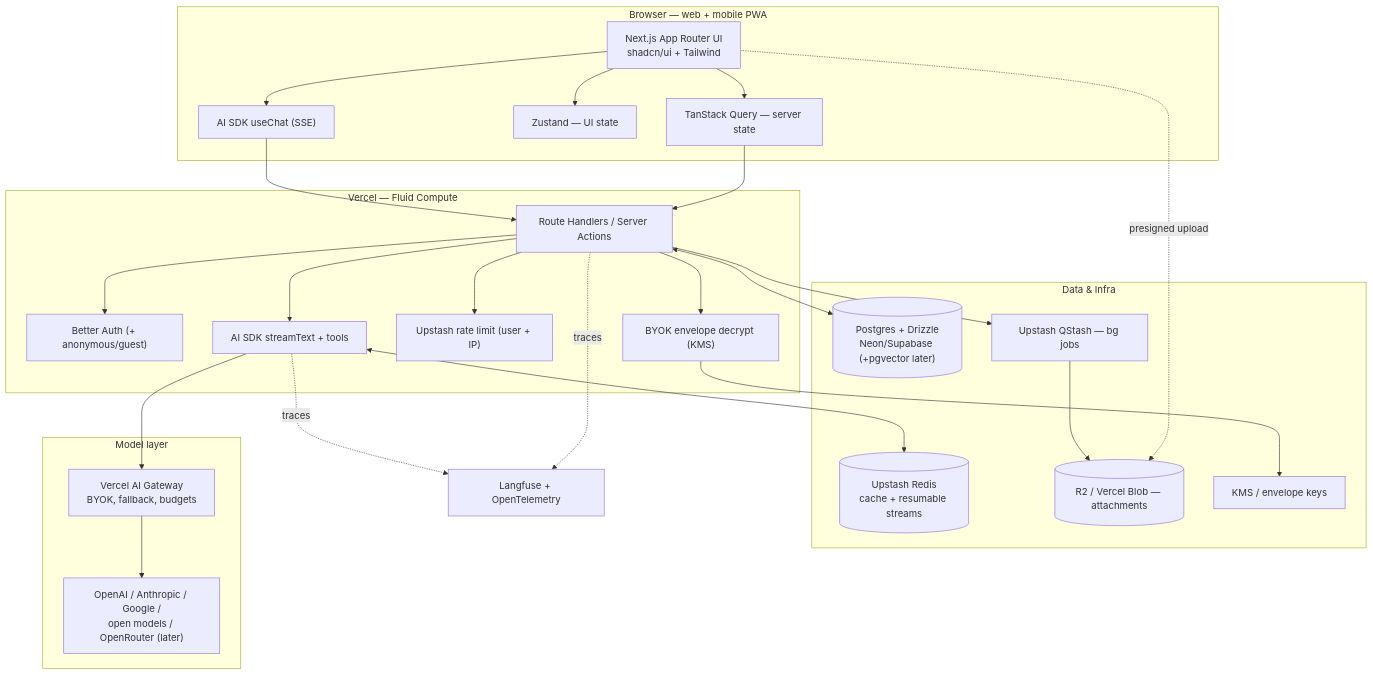
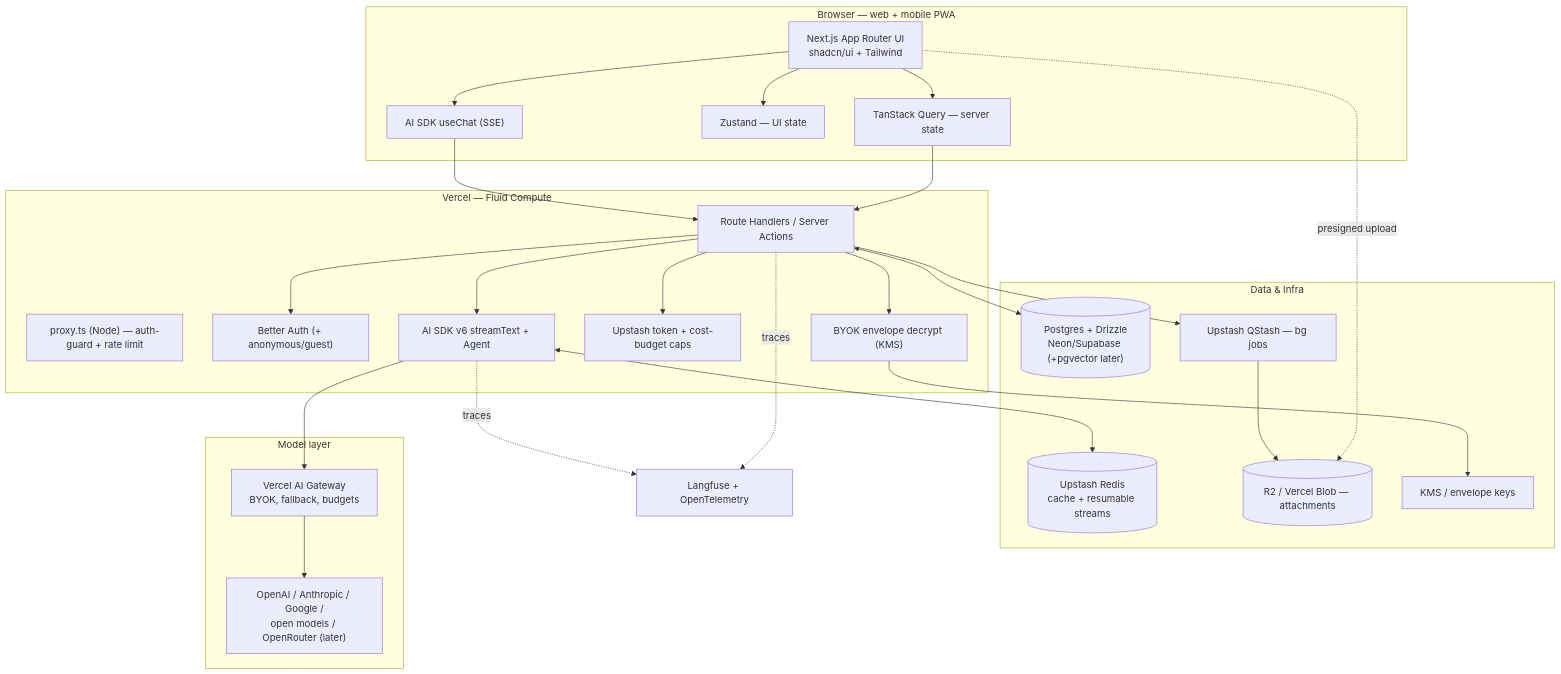
The diagram in docs/prd/04-technical-architecture.md (zhuocun/agent), drawn with Mermaid before and after one commit. The commit also changed other lines of this file and 10 other files, not shown here.

````diff
--- a/docs/prd/04-technical-architecture.md
+++ b/docs/prd/04-technical-architecture.md
@@ -53,46 +52,47 @@
 ```mermaid
 flowchart TD
     subgraph Client["Browser — web + mobile PWA"]
         UI["Next.js App Router UI<br/>shadcn/ui + Tailwind"]
         UC["AI SDK useChat (SSE)"]
         ST["Zustand — UI state"]
         RQ["TanStack Query — server state"]
     end
 
     subgraph Edge["Vercel — Fluid Compute"]
         RT["Route Handlers / Server Actions"]
+        PROXY["proxy.ts (Node) — auth-guard + rate limit"]
         AUTH["Better Auth (+ anonymous/guest)"]
-        AISDK["AI SDK streamText + tools"]
-        RL["Upstash rate limit (user + IP)"]
+        AISDK["AI SDK v6 streamText + Agent"]
+        RL["Upstash token + cost-budget caps"]
         ENC["BYOK envelope decrypt (KMS)"]
     end
 
     subgraph Data["Data & Infra"]
         PG[("Postgres + Drizzle<br/>Neon/Supabase (+pgvector later)")]
         REDIS[("Upstash Redis<br/>cache + resumable streams")]
         QSTASH["Upstash QStash — bg jobs"]
         BLOB[("R2 / Vercel Blob — attachments")]
         KMS["KMS / envelope keys"]
     end
 
     subgraph AI["Model layer"]
         GW["Vercel AI Gateway<br/>BYOK, fallback, budgets"]
         PROV["OpenAI / Anthropic / Google /<br/>open models / OpenRouter (later)"]
     end
 
     OBS["Langfuse + OpenTelemetry"]
 
     UI --> UC --> RT
     UI --> RQ --> RT
     UI --> ST
     RT --> AUTH
     RT --> RL
     RT --> ENC --> KMS
     RT --> AISDK --> GW --> PROV
     RT <--> PG
     AISDK <--> REDIS
     RT --> QSTASH --> BLOB
     UI -. presigned upload .-> BLOB
     AISDK -. traces .-> OBS
     RT -. traces .-> OBS
 ```
````
